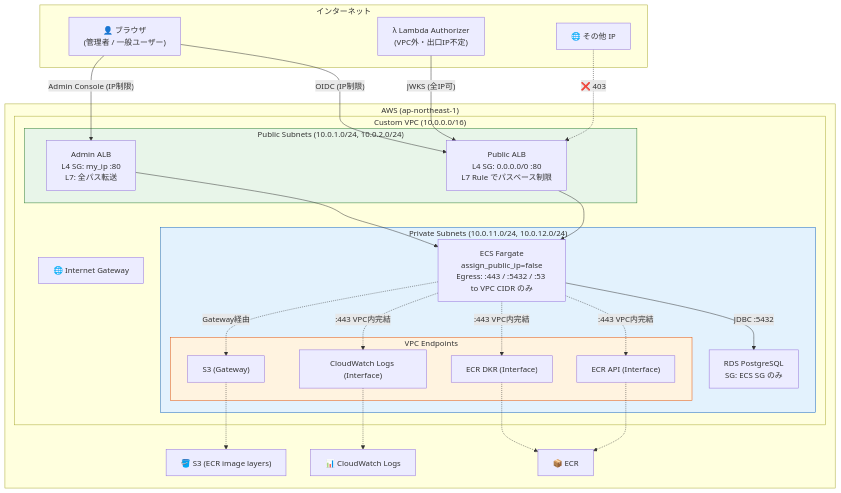
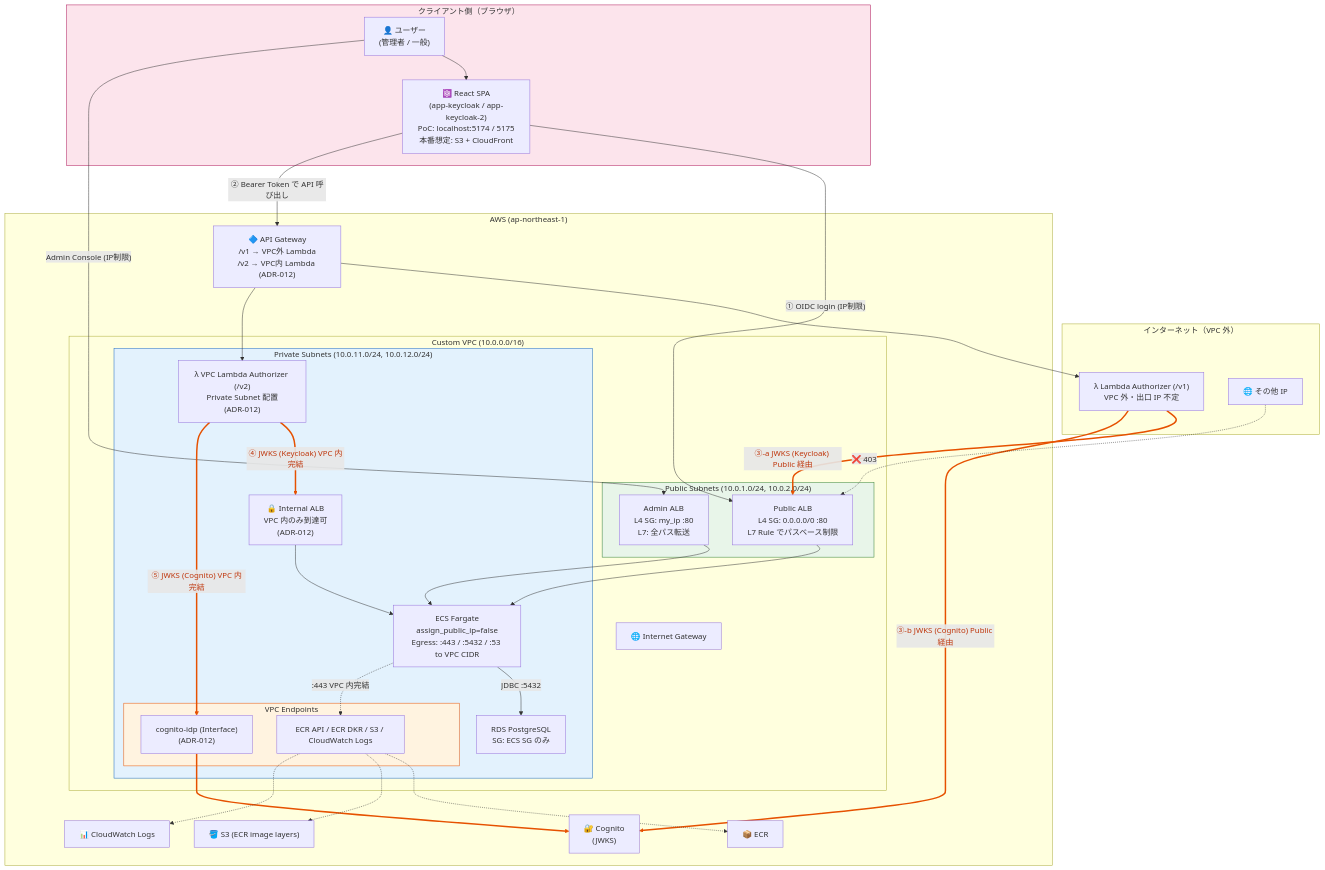
Before and after one commit to suepie/aws-atuh-poc: the first of 5 diagrams in doc/common/keycloak-network-architecture.md, drawn with Mermaid. The commit also changed other lines of this file and 25 other files, not shown here.

First line of the commit message:
feat: Phase 9 - VPC Lambda Authorizer + Keycloak 完全プライベート JWKS

````diff
--- a/doc/common/keycloak-network-architecture.md
+++ b/doc/common/keycloak-network-architecture.md
@@ -13,12 +13,19 @@
 ```mermaid
 flowchart TB
-    subgraph Internet["インターネット"]
-        Browser["👤 ブラウザ<br/>(管理者 / 一般ユーザー)"]
-        Lambda["λ Lambda Authorizer<br/>(VPC外・出口IP不定)"]
+    subgraph Client["クライアント側（ブラウザ）"]
+        User["👤 ユーザー<br/>(管理者 / 一般)"]
+        SPA["⚛️ React SPA<br/>(app-keycloak / app-keycloak-2)<br/>PoC: localhost:5174 / 5175<br/>本番想定: S3 + CloudFront"]
+    end
+
+    subgraph Internet["インターネット（VPC 外）"]
+        LambdaV1["λ Lambda Authorizer (/v1)<br/>VPC 外・出口 IP 不定"]
         ExtUser["🌐 その他 IP"]
     end
 
     subgraph AWS["AWS (ap-northeast-1)"]
+        APIGW["🔷 API Gateway<br/>/v1 → VPC外 Lambda<br/>/v2 → VPC内 Lambda (ADR-012)"]
+        CognitoExt["🔐 Cognito<br/>(JWKS)"]
+
         subgraph VPC["Custom VPC (10.0.0.0/16)"]
             IGW["🌐 Internet Gateway"]
 
@@ -28,14 +35,14 @@
             end
 
             subgraph PrivateSubnet["Private Subnets (10.0.11.0/24, 10.0.12.0/24)"]
-                ECS["ECS Fargate<br/>assign_public_ip=false<br/>Egress: :443 / :5432 / :53 to VPC CIDR のみ"]
+                InternalALB["🔒 Internal ALB<br/>VPC 内のみ到達可<br/>(ADR-012)"]
+                LambdaV2["λ VPC Lambda Authorizer (/v2)<br/>Private Subnet 配置<br/>(ADR-012)"]
+                ECS["ECS Fargate<br/>assign_public_ip=false<br/>Egress: :443 / :5432 / :53 to VPC CIDR"]
                 RDS["RDS PostgreSQL<br/>SG: ECS SG のみ"]
 
                 subgraph VPCE["VPC Endpoints"]
-                    VPCE_ECR["ECR API (Interface)"]
-                    VPCE_DKR["ECR DKR (Interface)"]
-                    VPCE_S3["S3 (Gateway)"]
-                    VPCE_LOGS["CloudWatch Logs (Interface)"]
+                    VPCE_AWS["ECR API / ECR DKR / S3 / CloudWatch Logs"]
+                    VPCE_COG["cognito-idp (Interface)<br/>(ADR-012)"]
                 end
             end
         end
@@ -45,29 +52,46 @@
         CW["📊 CloudWatch Logs"]
     end
 
-    Browser -->|"OIDC (IP制限)"| PublicALB
-    Browser -->|"Admin Console (IP制限)"| AdminALB
-    Lambda -->|"JWKS (全IP可)"| PublicALB
+    %% Client-side flows
+    User --> SPA
+    SPA -->|"① OIDC login (IP制限)"| PublicALB
+    SPA -->|"② Bearer Token で API 呼び出し"| APIGW
+    User -->|"Admin Console (IP制限)"| AdminALB
+
+    %% API Gateway → Lambda Authorizers
+    APIGW --> LambdaV1
+    APIGW --> LambdaV2
+
+    %% JWKS fetch paths（橙色で強調）
+    LambdaV1 ==>|"③-a JWKS (Keycloak) Public 経由"| PublicALB
+    LambdaV1 ==>|"③-b JWKS (Cognito) Public 経由"| CognitoExt
+    LambdaV2 ==>|"④ JWKS (Keycloak) VPC 内完結"| InternalALB
+    LambdaV2 ==>|"⑤ JWKS (Cognito) VPC 内完結"| VPCE_COG
+    VPCE_COG ==> CognitoExt
+
+    %% Rejected external access
     ExtUser -.->|"❌ 403"| PublicALB
 
+    %% ALB → ECS
     PublicALB --> ECS
     AdminALB --> ECS
+    InternalALB --> ECS
 
+    %% Internal VPC flows
     ECS -->|"JDBC :5432"| RDS
-    ECS -.->|":443 VPC内完結"| VPCE_ECR
-    ECS -.->|":443 VPC内完結"| VPCE_DKR
-    ECS -.->|":443 VPC内完結"| VPCE_LOGS
-    ECS -.->|"Gateway経由"| VPCE_S3
-
-    VPCE_ECR -.-> ECR
-    VPCE_DKR -.-> ECR
-    VPCE_S3 -.-> S3
-    VPCE_LOGS -.-> CW
+    ECS -.->|":443 VPC 内完結"| VPCE_AWS
+    VPCE_AWS -.-> ECR
+    VPCE_AWS -.-> S3
+    VPCE_AWS -.-> CW
 
     PublicALB ~~~ IGW
     AdminALB ~~~ IGW
 
+    style Client fill:#fce4ec,stroke:#ad1457
     style PublicSubnet fill:#e8f5e9,stroke:#2e7d32
     style PrivateSubnet fill:#e3f2fd,stroke:#1565c0
     style VPCE fill:#fff3e0,stroke:#e65100
+
+    %% JWKS 取得経路を橙色で強調（リンク index 6-10: LambdaV1→Public×2, LambdaV2→Internal/VPCE, VPCE→Cognito）
+    linkStyle 6,7,8,9,10 stroke:#e65100,stroke-width:3px,color:#bf360c
 ```
````
